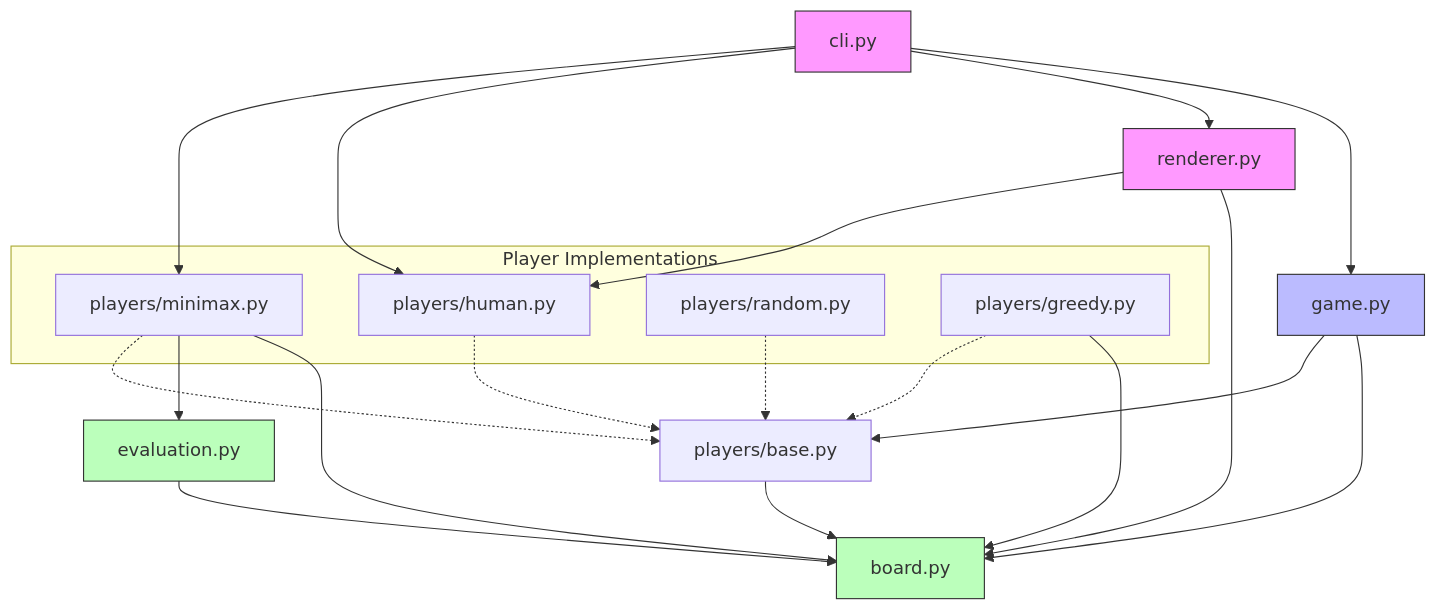
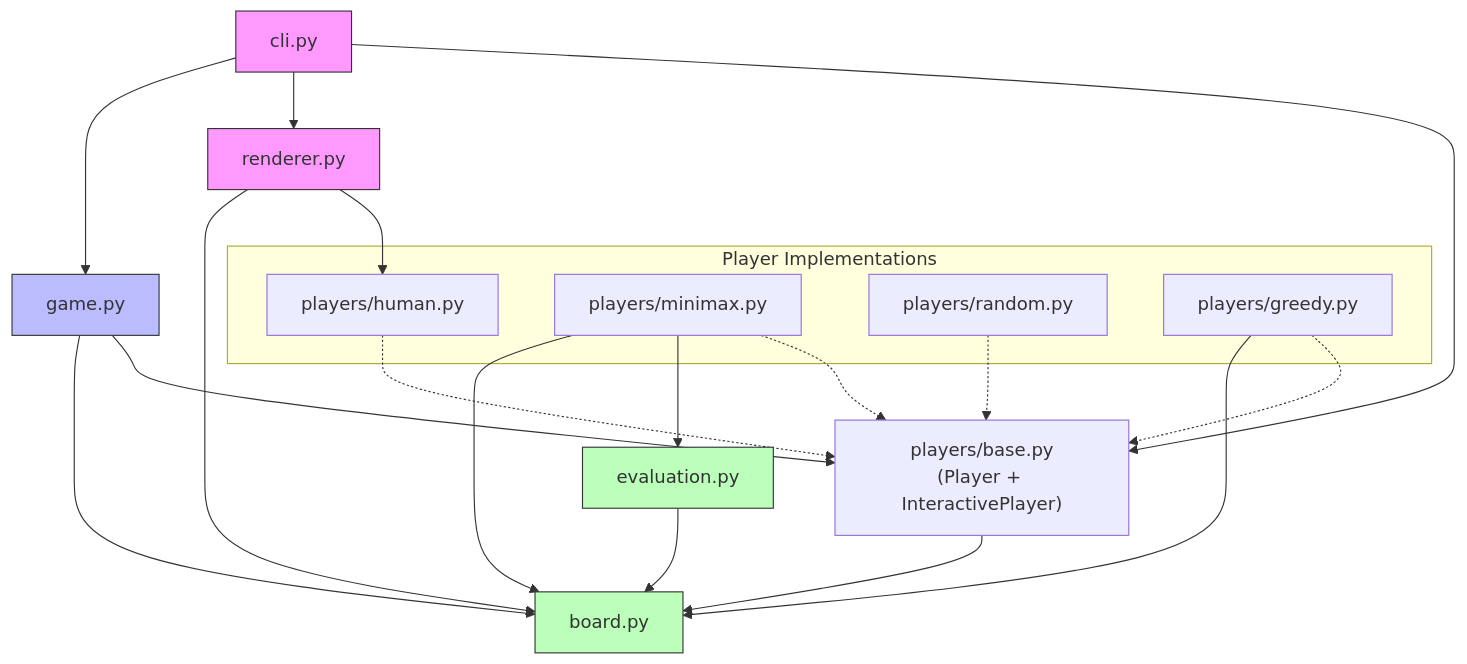
The first of 2 diagrams in docs/superpowers/specs/2026-04-12-connect4-design.md (tavakolia/connect4), drawn with Mermaid before and after one commit. The commit also changed other lines of this file and 5 other files, not shown here.

First line of the commit message:
docs: update dependency graph and Player Protocol section

````diff
--- a/docs/superpowers/specs/2026-04-12-connect4-design.md
+++ b/docs/superpowers/specs/2026-04-12-connect4-design.md
@@ -72,41 +72,43 @@
 ```mermaid
 graph TD
     CLI[cli.py] --> Game[game.py]
     CLI --> Renderer[renderer.py]
-    CLI --> HumanPlayer
-    CLI --> MinimaxPlayer
-    
+    CLI --> PlayerProtocol
+
+    %% CLI loads players dynamically via importlib reflection —
+    %% no static imports to concrete player classes
+
     subgraph Player Implementations
         HumanPlayer[players/human.py]
         MinimaxPlayer[players/minimax.py]
         RandomPlayer[players/random.py]
         GreedyPlayer[players/greedy.py]
     end
 
     Renderer --> Board
     Renderer --> HumanPlayer
-    
+
     Game --> Board[board.py]
-    Game --> PlayerProtocol[players/base.py]
-    
+    Game --> PlayerProtocol["players/base.py\n(Player + InteractivePlayer)"]
+
     MinimaxPlayer --> Board
     MinimaxPlayer --> Evaluation[evaluation.py]
-    
+
     GreedyPlayer --> Board
-    
+
     Evaluation --> Board
-    
+
     PlayerProtocol --> Board
-    
+
     %% Implicit protocol satisfaction (structural typing)
     HumanPlayer -.-> PlayerProtocol
     MinimaxPlayer -.-> PlayerProtocol
     RandomPlayer -.-> PlayerProtocol
     GreedyPlayer -.-> PlayerProtocol
 
     style CLI fill:#f9f,stroke:#333
     style Renderer fill:#f9f,stroke:#333
     style Game fill:#bbf,stroke:#333
     style Board fill:#bfb,stroke:#333
     style Evaluation fill:#bfb,stroke:#333
 ```
````
